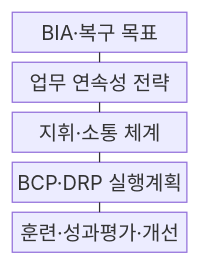
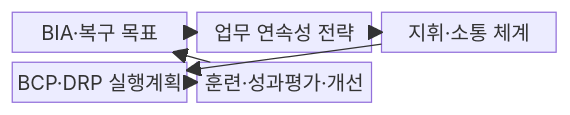
One commit to agnusdei1207/knowledge-base changed the first of 2 diagrams in src/content/docs/notes/05-security/110_business_continuity_plan.md. Above: the diagram before and after it, drawn with Mermaid. The commit also changed other lines of this file and 20 other files, not shown here.

````diff
--- a/src/content/docs/notes/05-security/110_business_continuity_plan.md
+++ b/src/content/docs/notes/05-security/110_business_continuity_plan.md
@@ -55,13 +55,14 @@
 ```mermaid
-block-beta
-  columns 1
+block
+  columns 3
   B["BIA·복구 목표"]
   S["업무 연속성 전략"]
   C["지휘·소통 체계"]
   P["BCP·DRP 실행계획"]
   T["훈련·성과평가·개선"]
-  B --- S
-  S --- C
-  C --- P
-  P --- T
+  B --> S
+  S --> C
+  C --> P
+  P --> T
+  T --> B
 ```
````
